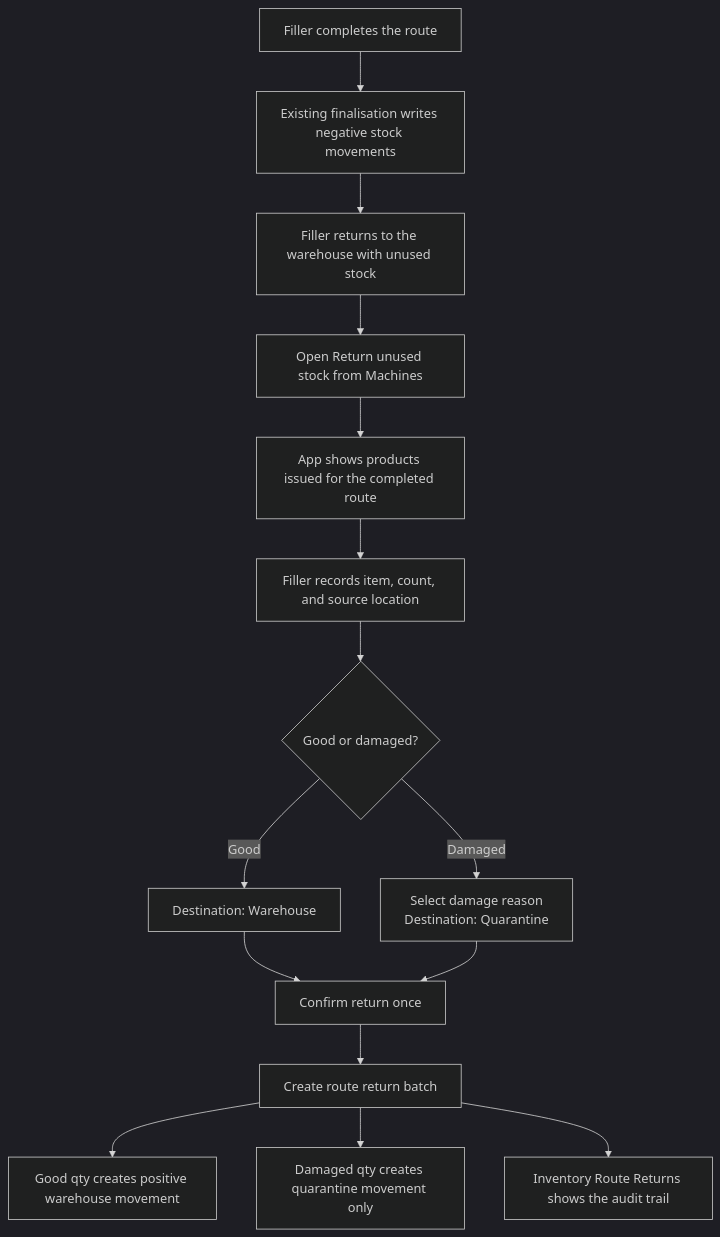
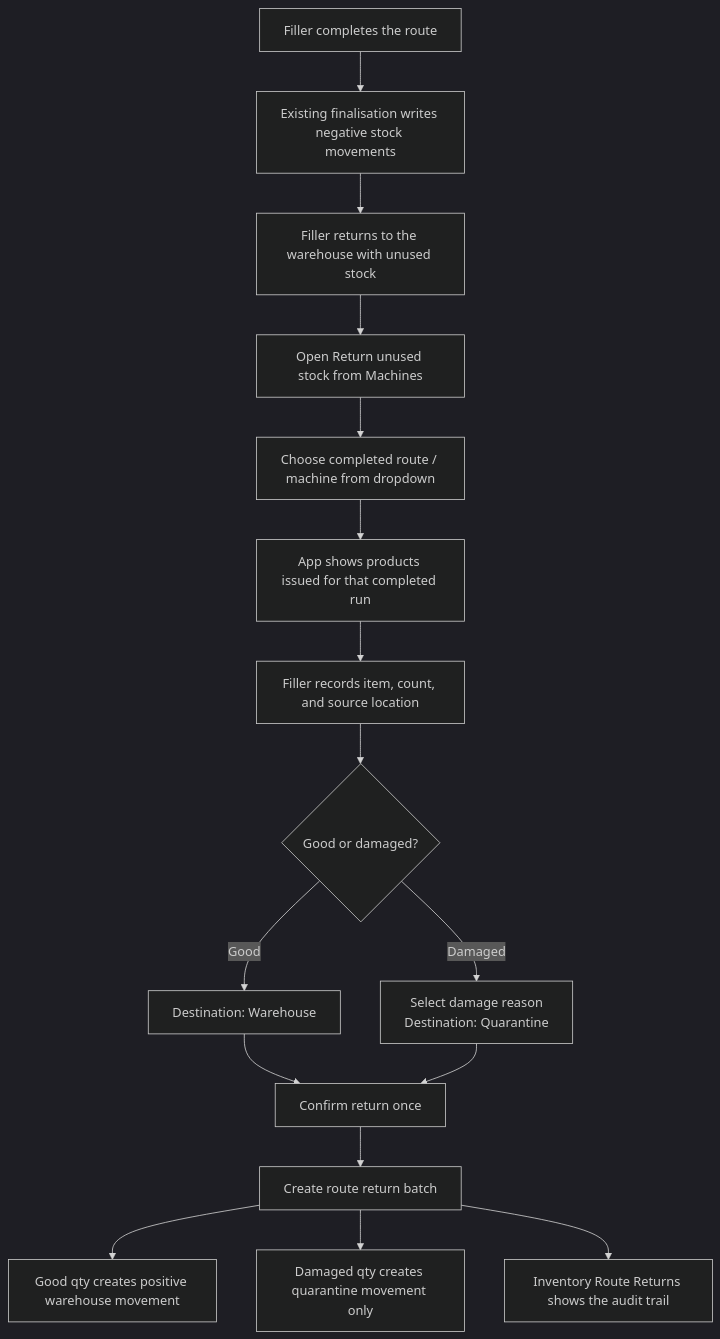
The third of 7 diagrams in BUILD-PLAN.md (josh441/gameguys-proposed-ui), drawn with Mermaid (dark theme) before and after one commit. The commit also changed other lines of this file and 11 other files, not shown here.

````diff
--- a/BUILD-PLAN.md
+++ b/BUILD-PLAN.md
@@ -182,17 +197,18 @@
 ```mermaid
 flowchart TD
   A[Filler completes the route] --> B[Existing finalisation writes negative stock movements]
   B --> C[Filler returns to the warehouse with unused stock]
   C --> D[Open Return unused stock from Machines]
-  D --> E[App shows products issued for the completed route]
-  E --> F[Filler records item, count, and source location]
+  D --> E[Choose completed route / machine from dropdown]
+  E --> F0[App shows products issued for that completed run]
+  F0 --> F[Filler records item, count, and source location]
   F --> G{Good or damaged?}
   G -- Good --> H[Destination: Warehouse]
   G -- Damaged --> Q[Select damage reason<br/>Destination: Quarantine]
   H --> K[Confirm return once]
   Q --> K
   K --> L[Create route return batch]
   L --> I[Good qty creates positive warehouse movement]
   L --> X[Damaged qty creates quarantine movement only]
   L --> J[Inventory Route Returns shows the audit trail]
 ```
````
